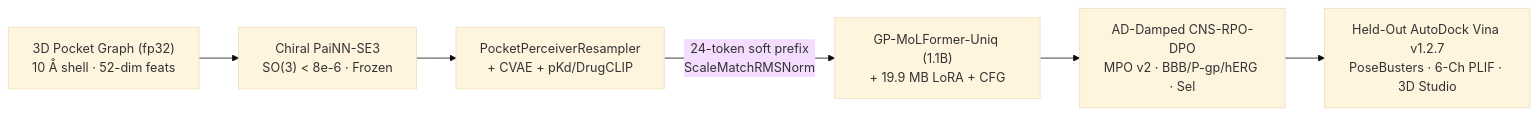
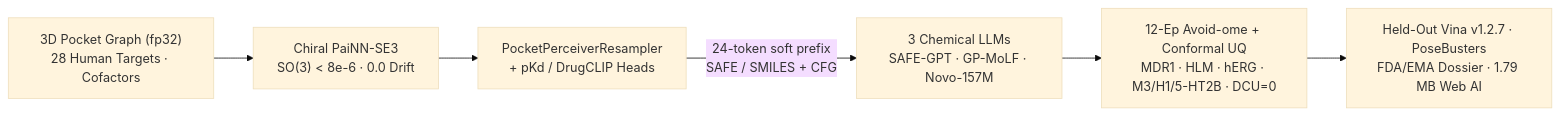
The diagram in README.md (daniil-777/geneuclidean), drawn with Mermaid (base theme) before and after one commit. The commit also changed other lines of this file and 4 other files, not shown here.

````diff
--- a/README.md
+++ b/README.md
@@ -35,8 +33,8 @@
 ```mermaid
 flowchart LR
-    P["3D Pocket Graph (fp32)<br/>10 Å shell · 52-dim feats"] --> ENC["Chiral PaiNN-SE3<br/>SO(3) < 8e-6 · Frozen"]
-    ENC --> PERC["PocketPerceiverResampler<br/>+ CVAE + pKd/DrugCLIP"]
-    PERC -->|"24-token soft prefix<br/>ScaleMatchRMSNorm"| LLM["GP-MoLFormer-Uniq (1.1B)<br/>+ 19.9 MB LoRA + CFG"]
-    LLM --> DPO["AD-Damped CNS-RPO-DPO<br/>MPO v2 · BBB/P-gp/hERG · Sel"]
-    DPO --> VINA["Held-Out AutoDock Vina v1.2.7<br/>PoseBusters · 6-Ch PLIF · 3D Studio"]
+    P["3D Pocket Graph (fp32)<br/>28 Human Targets · Cofactors"] --> ENC["Chiral PaiNN-SE3<br/>SO(3) < 8e-6 · 0.0 Drift"]
+    ENC --> PERC["PocketPerceiverResampler<br/>+ pKd / DrugCLIP Heads"]
+    PERC -->|"24-token soft prefix<br/>SAFE / SMILES + CFG"| LLM["3 Chemical LLMs<br/>SAFE-GPT · GP-MoLF · Novo-157M"]
+    LLM --> GATE["12-Ep Avoid-ome + Conformal UQ<br/>MDR1 · HLM · hERG · M3/H1/5-HT2B · DCU=0"]
+    GATE --> VINA["Held-Out Vina v1.2.7 · PoseBusters<br/>FDA/EMA Dossier · 1.79 MB Web AI"]
 ```
````
